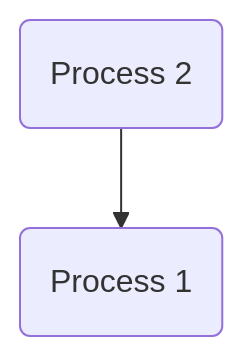
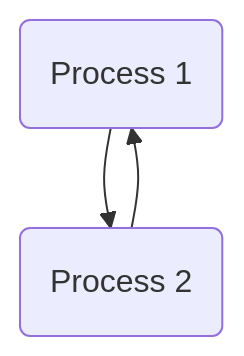
The diagram in mmd/Untitled_800ffbc8-3c2b-4152-9bdc-32dce19fe565.mmd (pingpm/mermaid_vault), drawn with Mermaid before and after one commit. The commit also changed 3 other files, not shown here.

Commit message:
Sync Mermaid Studio data (43 diagrams)

```diff
--- a/mmd/Untitled_800ffbc8-3c2b-4152-9bdc-32dce19fe565.mmd
+++ b/mmd/Untitled_800ffbc8-3c2b-4152-9bdc-32dce19fe565.mmd
@@ -1,4 +1,5 @@
 flowchart TD
   n_0("Process 1")
   n_1("Process 2")
+  n_0 --> n_1
   n_1 --> n_0
```
